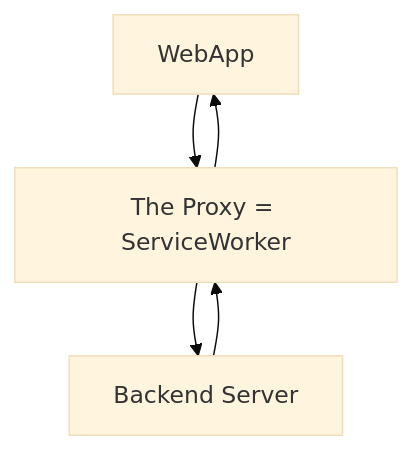
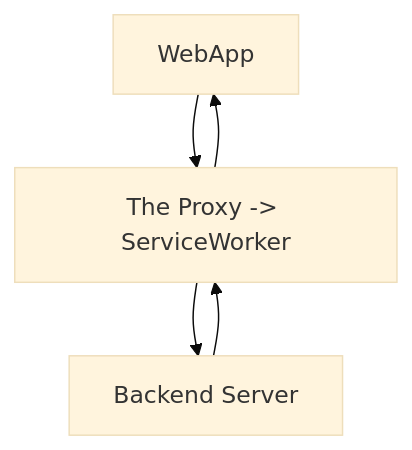
The diagram in articles/浏览器技术/ServiceWorker/index.md (Vladimirirr/Sealeded), drawn with Mermaid (base theme) before and after one commit. The commit also changed other lines of this file and 6 other files, not shown here.

````diff
--- a/articles/浏览器技术/ServiceWorker/index.md
+++ b/articles/浏览器技术/ServiceWorker/index.md
@@ -5,9 +9,9 @@
 ```mermaid
 graph TD
 
 app["WebApp"]
-sw["The Proxy = ServiceWorker"]
+sw["The Proxy -> ServiceWorker"]
 server["Backend Server"]
 
 app --> sw --> server --> sw --> app
 ```
````
